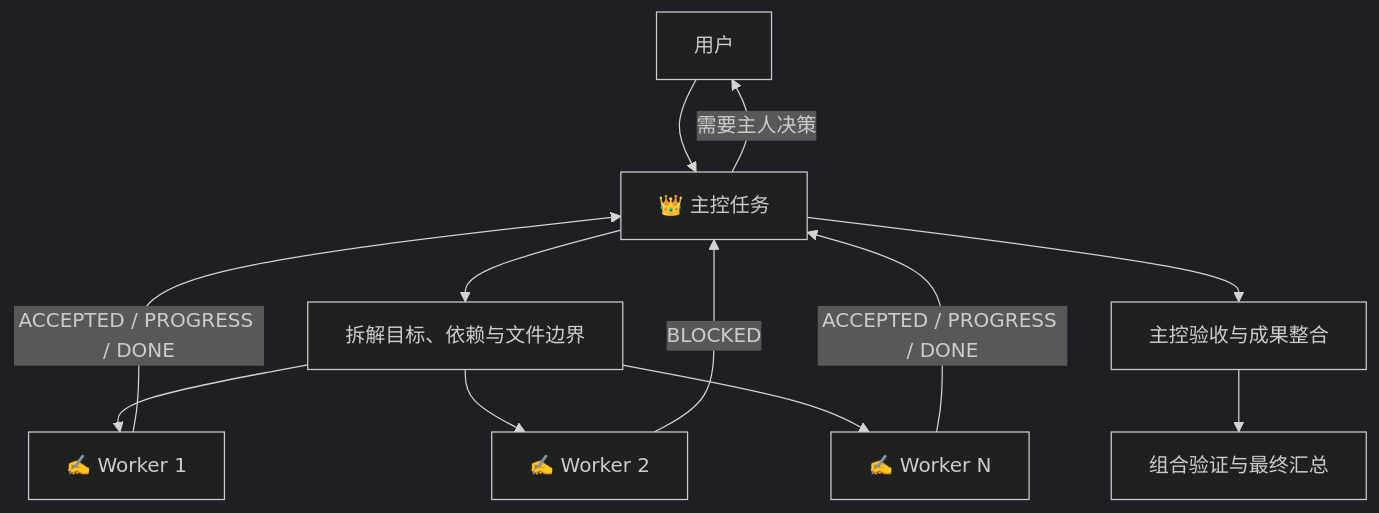
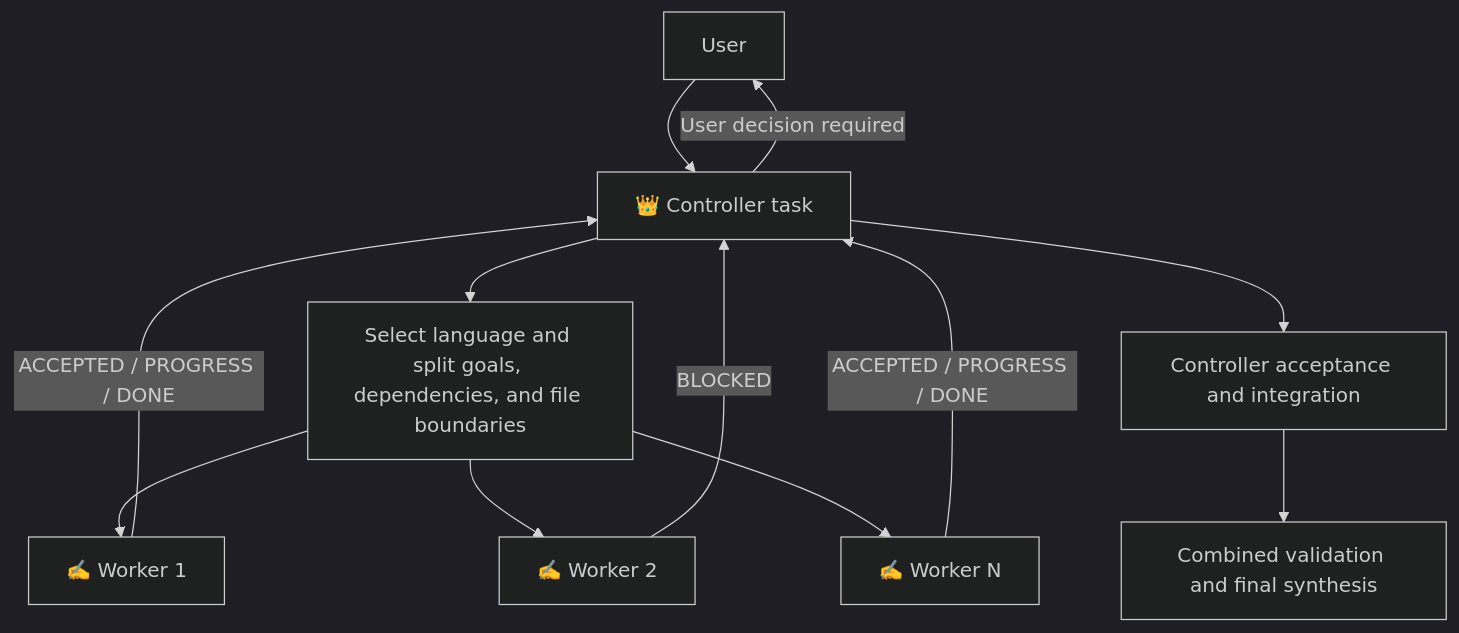
The diagram in README.md (BillSJC/orchestrate-codex-tasks), drawn with Mermaid (dark theme) before and after one commit. The commit also changed other lines of this file and 8 other files, not shown here.

````diff
--- a/README.md
+++ b/README.md
@@ -134,14 +149,14 @@
 ```mermaid
 flowchart TD
-    U["用户"] --> C["👑 主控任务"]
-    C --> P["拆解目标、依赖与文件边界"]
+    U["User"] --> C["👑 Controller task"]
+    C --> P["Select language and split goals, dependencies, and file boundaries"]
     P --> W1["✍️ Worker 1"]
     P --> W2["✍️ Worker 2"]
     P --> W3["✍️ Worker N"]
     W1 -->|"ACCEPTED / PROGRESS / DONE"| C
     W2 -->|"BLOCKED"| C
     W3 -->|"ACCEPTED / PROGRESS / DONE"| C
-    C -->|"需要主人决策"| U
-    C --> V["主控验收与成果整合"]
-    V --> R["组合验证与最终汇总"]
+    C -->|"User decision required"| U
+    C --> V["Controller acceptance and integration"]
+    V --> R["Combined validation and final synthesis"]
 ```
````
